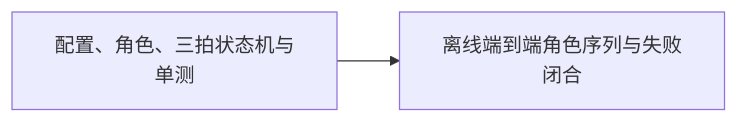
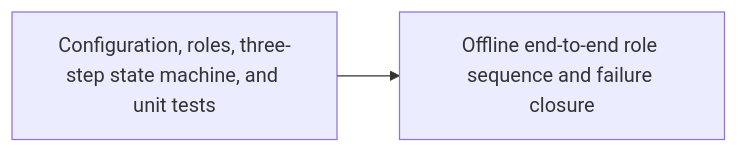
One commit to Curry09/OpenAgents changed the diagram in docs/specs/0082-minimal-objective-delivery-flow.md. Above: the diagram before and after it, drawn with Mermaid. The commit also changed other lines of this file and 461 other files, not shown here.

````diff
--- a/docs/specs/0082-minimal-objective-delivery-flow.md
+++ b/docs/specs/0082-minimal-objective-delivery-flow.md
@@ -178,4 +178,4 @@
 ```mermaid
 graph LR
-  T1[配置、角色、三拍状态机与单测] --> T2[离线端到端角色序列与失败闭合]
+  T1[Configuration, roles, three-step state machine, and unit tests] --> T2[Offline end-to-end role sequence and failure closure]
 ```
````
